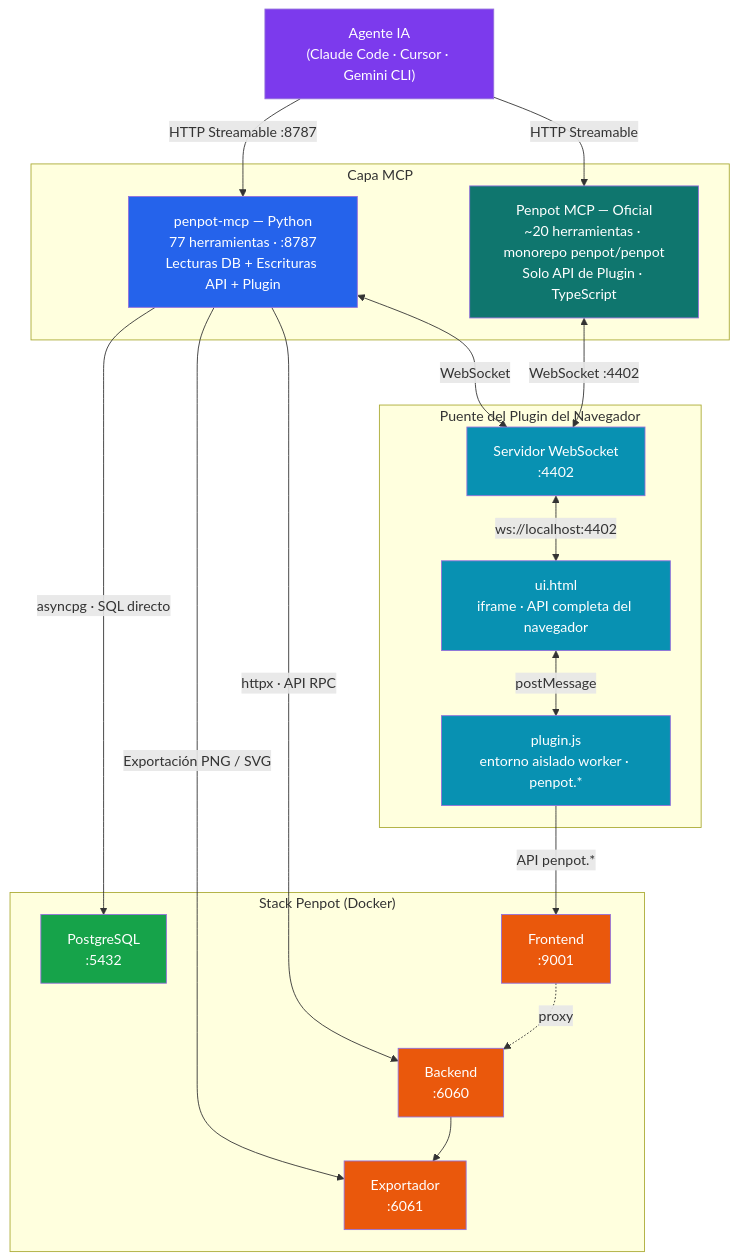
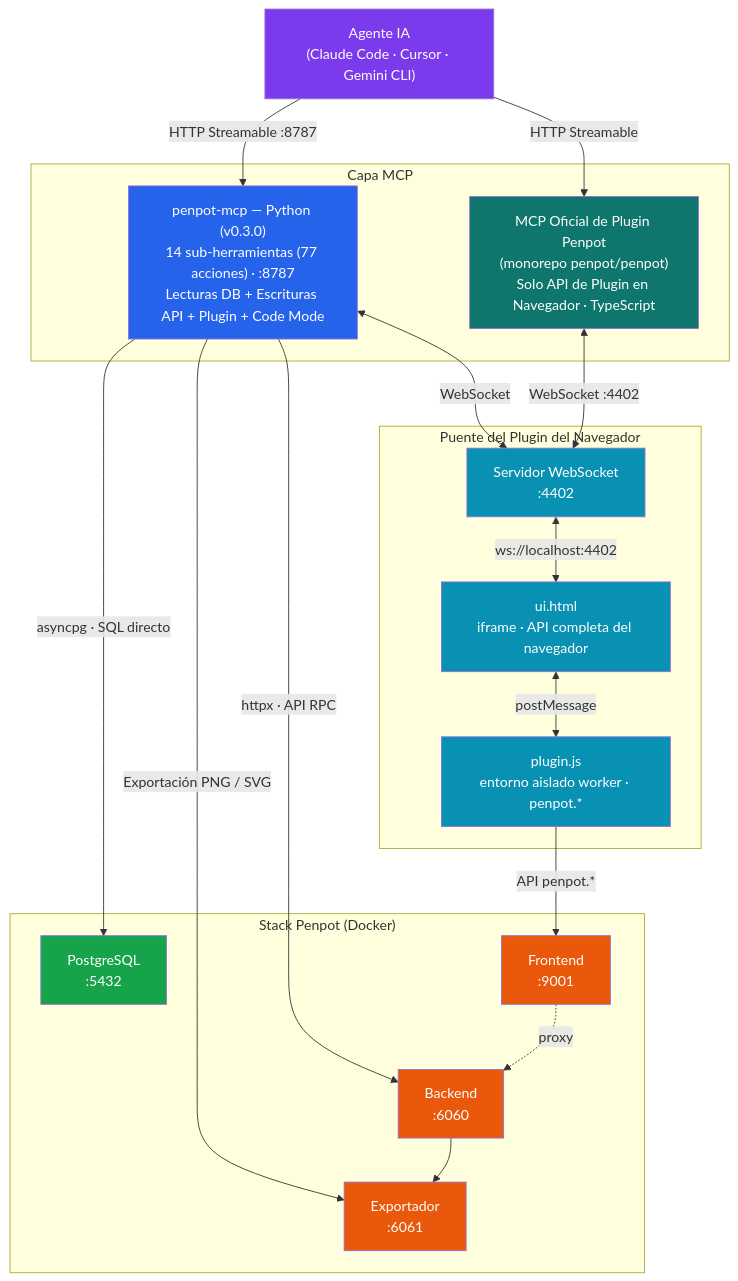
The second of 2 diagrams in README.es-ES.md (ancrz/penpot-mcp-server), drawn with Mermaid before and after one commit. The commit also changed other lines of this file and 23 other files, not shown here.

````diff
--- a/README.es-ES.md
+++ b/README.es-ES.md
@@ -47,49 +49,49 @@
 ```mermaid
 graph TB
     AI["Agente IA\n(Claude Code · Cursor · Gemini CLI)"]
 
     subgraph SERVERS["Capa MCP"]
-        MCP["penpot-mcp — Python\n77 herramientas · :8787\nLecturas DB + Escrituras API + Plugin"]
-        OMCP["Penpot MCP — Oficial\n~20 herramientas · monorepo penpot/penpot\nSolo API de Plugin · TypeScript"]
+        MCP["penpot-mcp — Python (v0.3.0)\n14 sub-herramientas (77 acciones) · :8787\nLecturas DB + Escrituras API + Plugin + Code Mode"]
+        OMCP["MCP Oficial de Plugin Penpot\n(monorepo penpot/penpot)\nSolo API de Plugin en Navegador · TypeScript"]
     end
 
     subgraph PENPOT["Stack Penpot (Docker)"]
         PG["PostgreSQL\n:5432"]
         BE["Backend\n:6060"]
         FE["Frontend\n:9001"]
         EX["Exportador\n:6061"]
     end
 
     subgraph BRIDGE["Puente del Plugin del Navegador"]
         WS["Servidor WebSocket\n:4402"]
         UI["ui.html\niframe · API completa del navegador"]
         PJ["plugin.js\nentorno aislado worker · penpot.*"]
     end
 
     AI -->|"HTTP Streamable :8787"| MCP
     AI -->|"HTTP Streamable"| OMCP
 
     MCP -->|"asyncpg · SQL directo"| PG
     MCP -->|"httpx · API RPC"| BE
     MCP -->|"Exportación PNG / SVG"| EX
     MCP <-->|"WebSocket"| WS
 
     OMCP <-->|"WebSocket :4402"| WS
 
     WS <-->|"ws://localhost:4402"| UI
     UI <-->|"postMessage"| PJ
     PJ -->|"API penpot.*"| FE
     FE -.->|"proxy"| BE
     BE --> EX
 
     style AI fill:#7c3aed,color:#fff
     style MCP fill:#2563eb,color:#fff
     style OMCP fill:#0f766e,color:#fff
     style PG fill:#16a34a,color:#fff
     style BE fill:#ea580c,color:#fff
     style FE fill:#ea580c,color:#fff
     style EX fill:#ea580c,color:#fff
     style WS fill:#0891b2,color:#fff
     style UI fill:#0891b2,color:#fff
     style PJ fill:#0891b2,color:#fff
 ```
````
